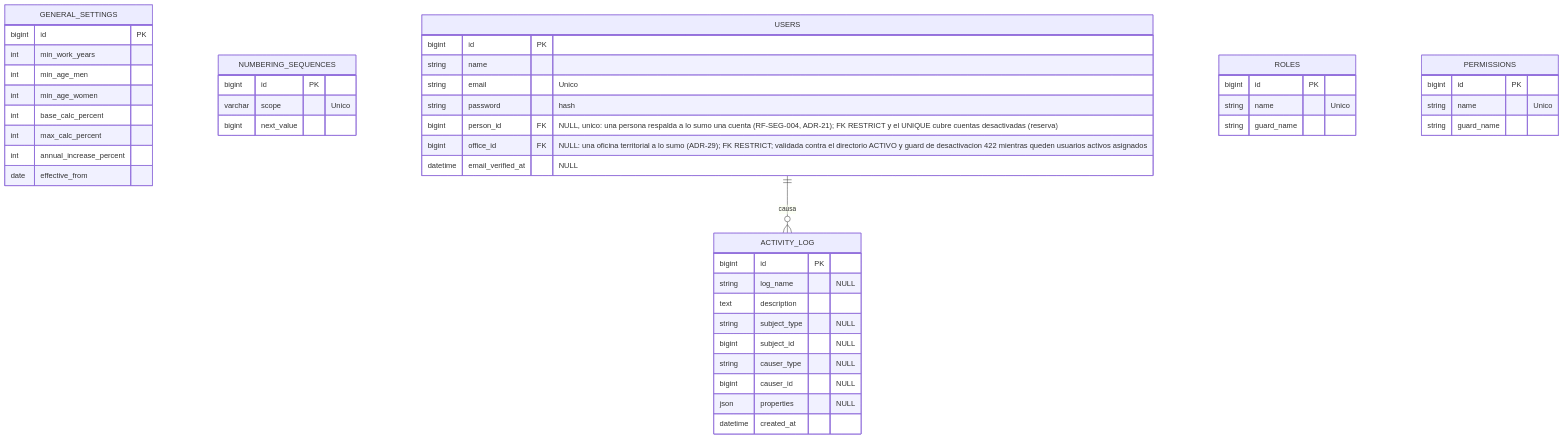
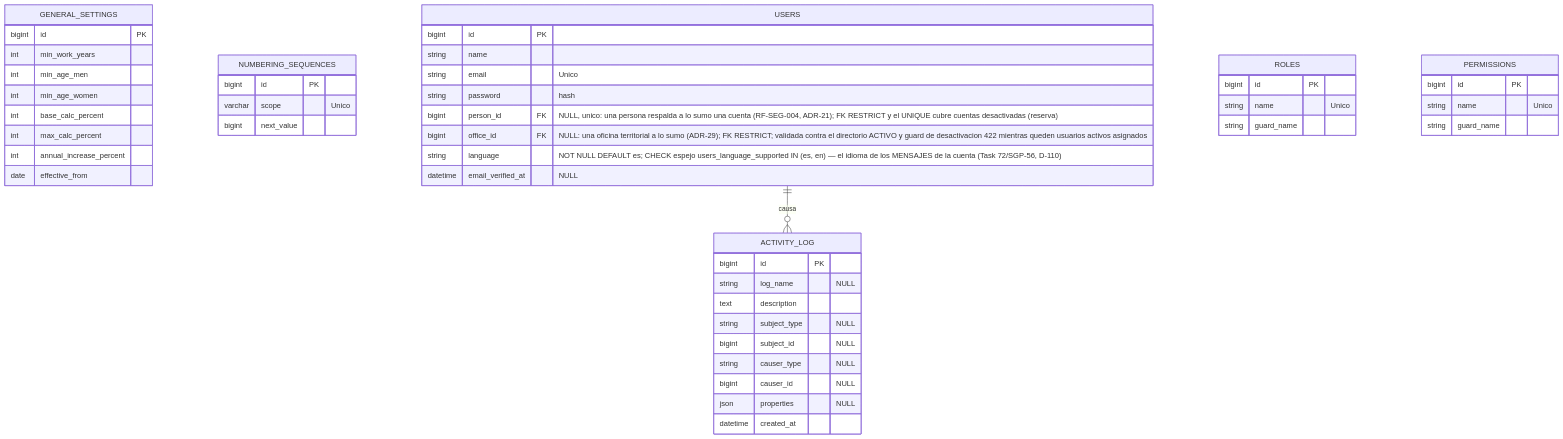
The seventh of 7 diagrams in docs/backend/Modelo de datos.md (keniercb/inass_siss_web), drawn with Mermaid before and after one commit. The commit also changed other lines of this file and 4 other files, not shown here.

````diff
--- a/docs/backend/Modelo de datos.md
+++ b/docs/backend/Modelo de datos.md
@@ -443,49 +443,50 @@
 ```mermaid
 erDiagram
     GENERAL_SETTINGS {
         bigint id PK
         int min_work_years
         int min_age_men
         int min_age_women
         int base_calc_percent
         int max_calc_percent
         int annual_increase_percent
         date effective_from
     }
     NUMBERING_SEQUENCES {
         bigint id PK
         varchar scope "Unico"
         bigint next_value
     }
     USERS {
         bigint id PK
         string name
         string email "Unico"
         string password "hash"
         bigint person_id FK "NULL, unico: una persona respalda a lo sumo una cuenta (RF-SEG-004, ADR-21); FK RESTRICT y el UNIQUE cubre cuentas desactivadas (reserva)"
         bigint office_id FK "NULL: una oficina territorial a lo sumo (ADR-29); FK RESTRICT; validada contra el directorio ACTIVO y guard de desactivacion 422 mientras queden usuarios activos asignados"
+        string language "NOT NULL DEFAULT es; CHECK espejo users_language_supported IN (es, en) — el idioma de los MENSAJES de la cuenta (Task 72/SGP-56, D-110)"
         datetime email_verified_at "NULL"
     }
     ROLES {
         bigint id PK
         string name "Unico"
         string guard_name
     }
     PERMISSIONS {
         bigint id PK
         string name "Unico"
         string guard_name
     }
     ACTIVITY_LOG {
         bigint id PK
         string log_name "NULL"
         text description
         string subject_type "NULL"
         bigint subject_id "NULL"
         string causer_type "NULL"
         bigint causer_id "NULL"
         json properties "NULL"
         datetime created_at
     }
     USERS ||--o{ ACTIVITY_LOG : "causa"
 ```
````
